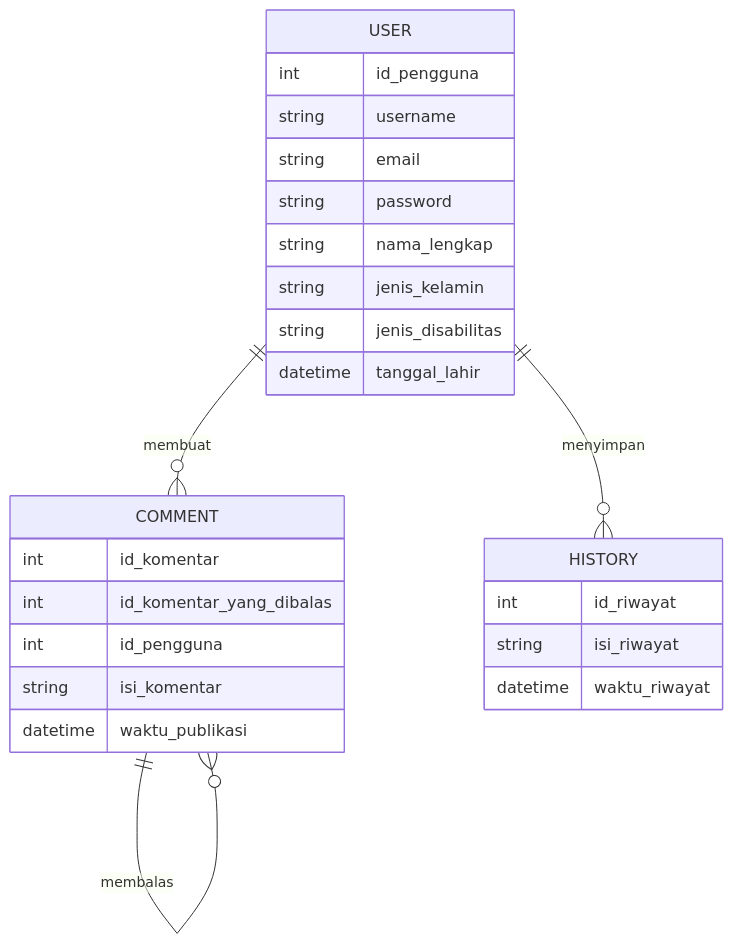
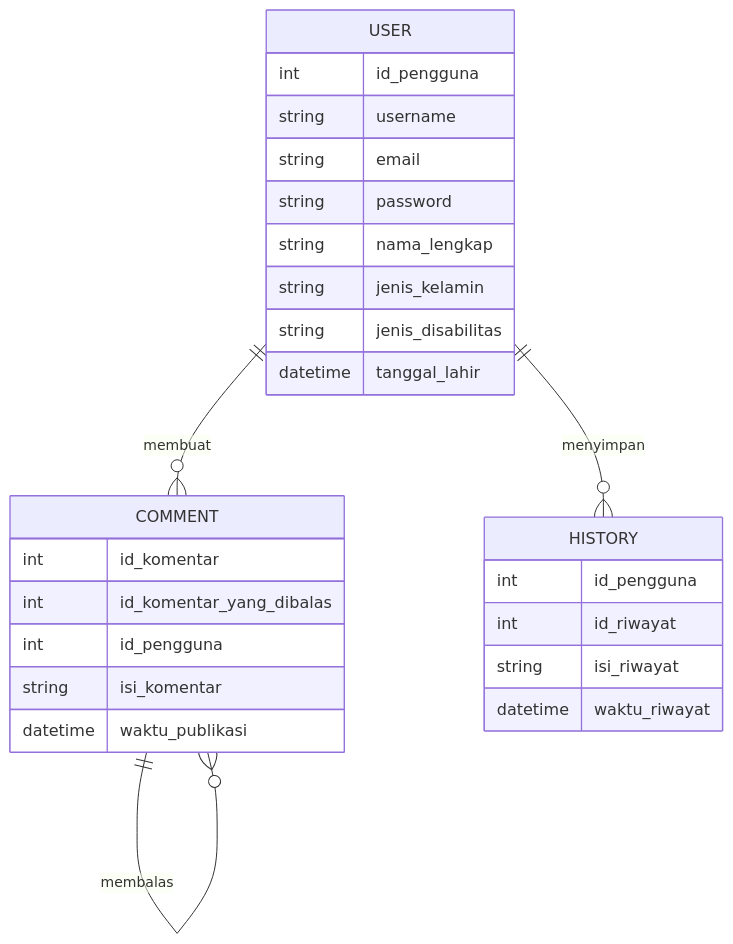
Before and after one commit to dimaswae/DisHelper: the first of 2 diagrams in Preview.md, drawn with Mermaid. The commit also changed other lines of this file, not shown here.

````diff
--- a/Preview.md
+++ b/Preview.md
@@ -40,28 +45,29 @@
 ```mermaid
 erDiagram
   USER {
     int id_pengguna
     string username
     string email
     string password
     string nama_lengkap
     string jenis_kelamin
     string jenis_disabilitas    
     datetime tanggal_lahir
   }
   USER ||--o{ COMMENT : membuat
   COMMENT ||--o{ COMMENT : membalas 
   COMMENT {
     int id_komentar
     int id_komentar_yang_dibalas
     int id_pengguna 
     string isi_komentar 
     datetime waktu_publikasi 
   }
   USER ||--o{HISTORY : menyimpan
   HISTORY{
+    int id_pengguna
     int id_riwayat
     string isi_riwayat
     datetime waktu_riwayat
   }
 ```
````
